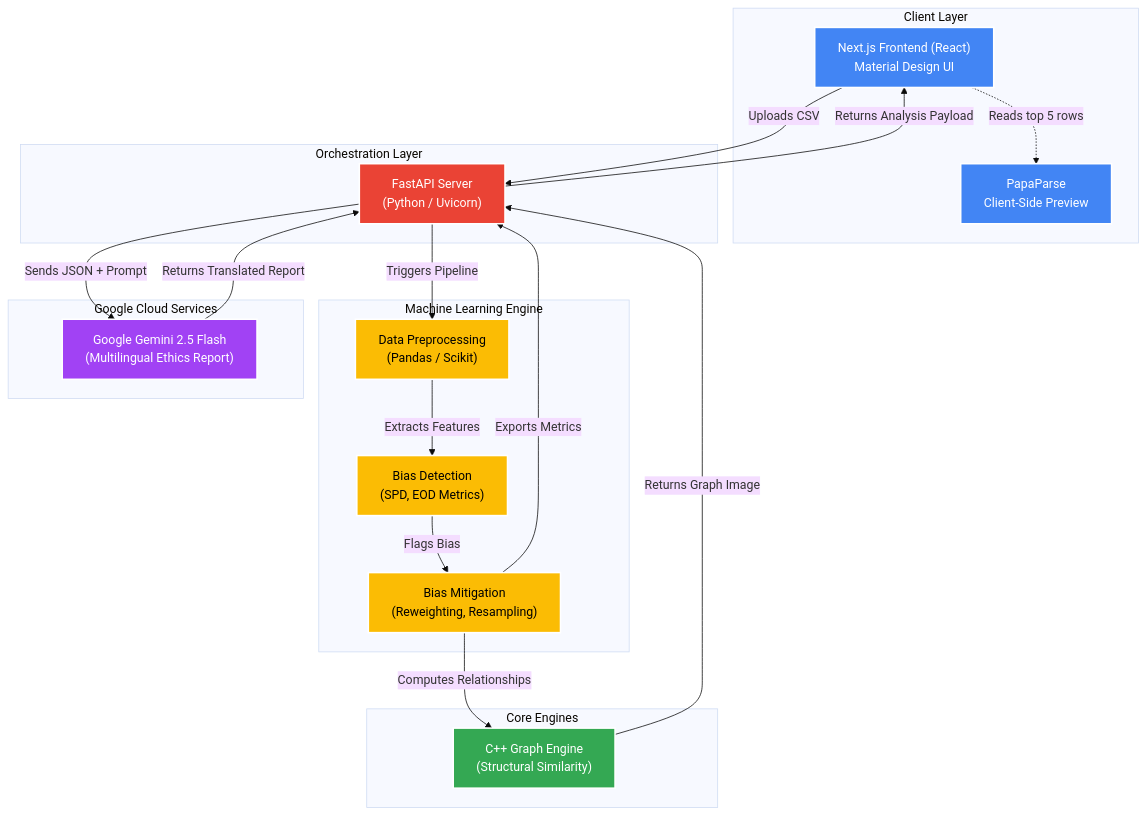
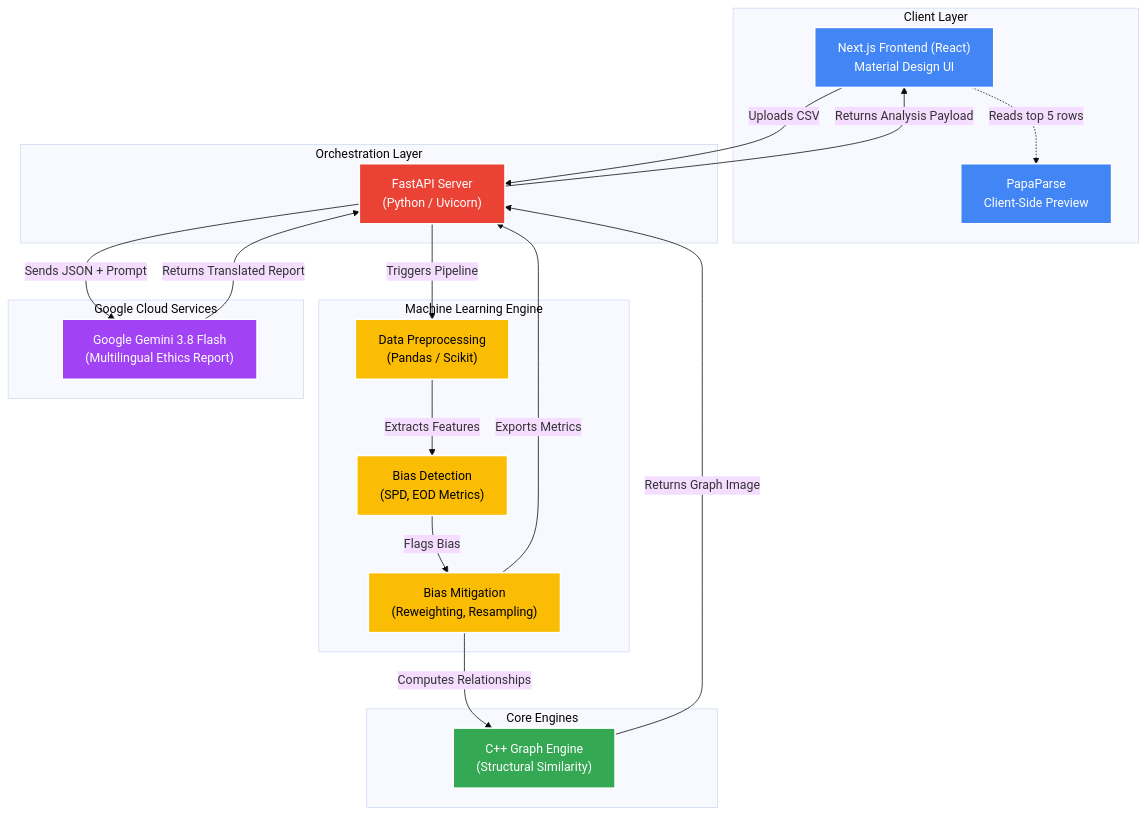
The diagram in README.md (AlgoInfluencers/AlgoGuard-AI), drawn with Mermaid (base theme) before and after one commit. The commit also changed other lines of this file and 7 other files, not shown here.

Commit message:
feat: upgrade to Gemini 3.8 Flash, support .env API keys, add dataset auto-binarization, and interactive UI dropdowns

````diff
--- a/README.md
+++ b/README.md
@@ -55,46 +55,46 @@
 ```mermaid
 graph TD
     %% Styling
     classDef frontend fill:#4285f4,stroke:#fff,stroke-width:2px,color:#fff;
     classDef backend fill:#ea4335,stroke:#fff,stroke-width:2px,color:#fff;
     classDef ml fill:#fbbc04,stroke:#fff,stroke-width:2px,color:#000;
     classDef cpp fill:#34a853,stroke:#fff,stroke-width:2px,color:#fff;
     classDef google fill:#a142f4,stroke:#fff,stroke-width:2px,color:#fff;
 
     %% Nodes
     subgraph "Client Layer"
         UI["Next.js Frontend (React) <br/> Material Design UI"]:::frontend
         CSV["PapaParse <br/> Client-Side Preview"]:::frontend
     end
 
     subgraph "Orchestration Layer"
         API["FastAPI Server <br/> (Python / Uvicorn)"]:::backend
     end
 
     subgraph "Machine Learning Engine"
         PreProc["Data Preprocessing <br/> (Pandas / Scikit)"]:::ml
         BiasDet["Bias Detection <br/> (SPD, EOD Metrics)"]:::ml
         Mitig["Bias Mitigation <br/> (Reweighting, Resampling)"]:::ml
     end
 
     subgraph "Core Engines"
         CPP["C++ Graph Engine <br/> (Structural Similarity)"]:::cpp
     end
 
     subgraph "Google Cloud Services"
-        Gemini["Google Gemini 2.5 Flash <br/> (Multilingual Ethics Report)"]:::google
+        Gemini["Google Gemini 3.8 Flash <br/> (Multilingual Ethics Report)"]:::google
     end
 
     %% Connections
     UI -- "Uploads CSV" --> API
     UI -. "Reads top 5 rows" .-> CSV
     API -- "Triggers Pipeline" --> PreProc
     PreProc -- "Extracts Features" --> BiasDet
     BiasDet -- "Flags Bias" --> Mitig
     Mitig -- "Computes Relationships" --> CPP
     CPP -- "Returns Graph Image" --> API
     Mitig -- "Exports Metrics" --> API
     API -- "Sends JSON + Prompt" --> Gemini
     Gemini -- "Returns Translated Report" --> API
     API -- "Returns Analysis Payload" --> UI
 ```
````
